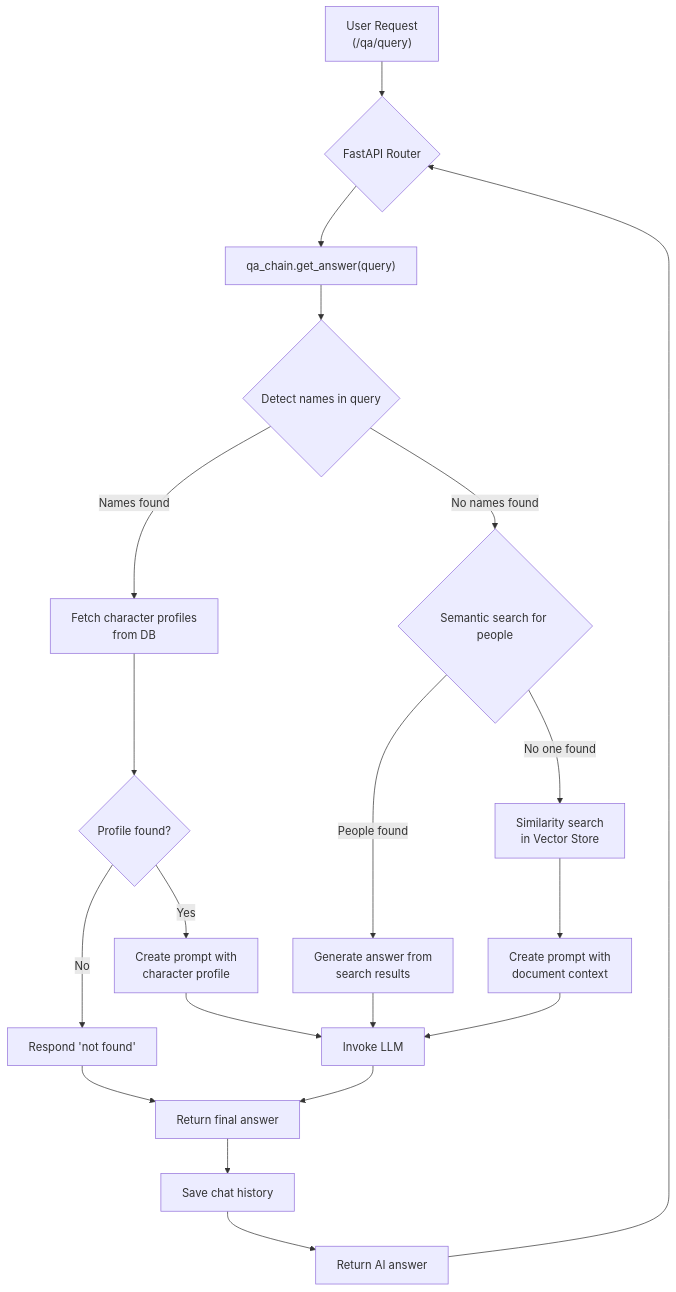
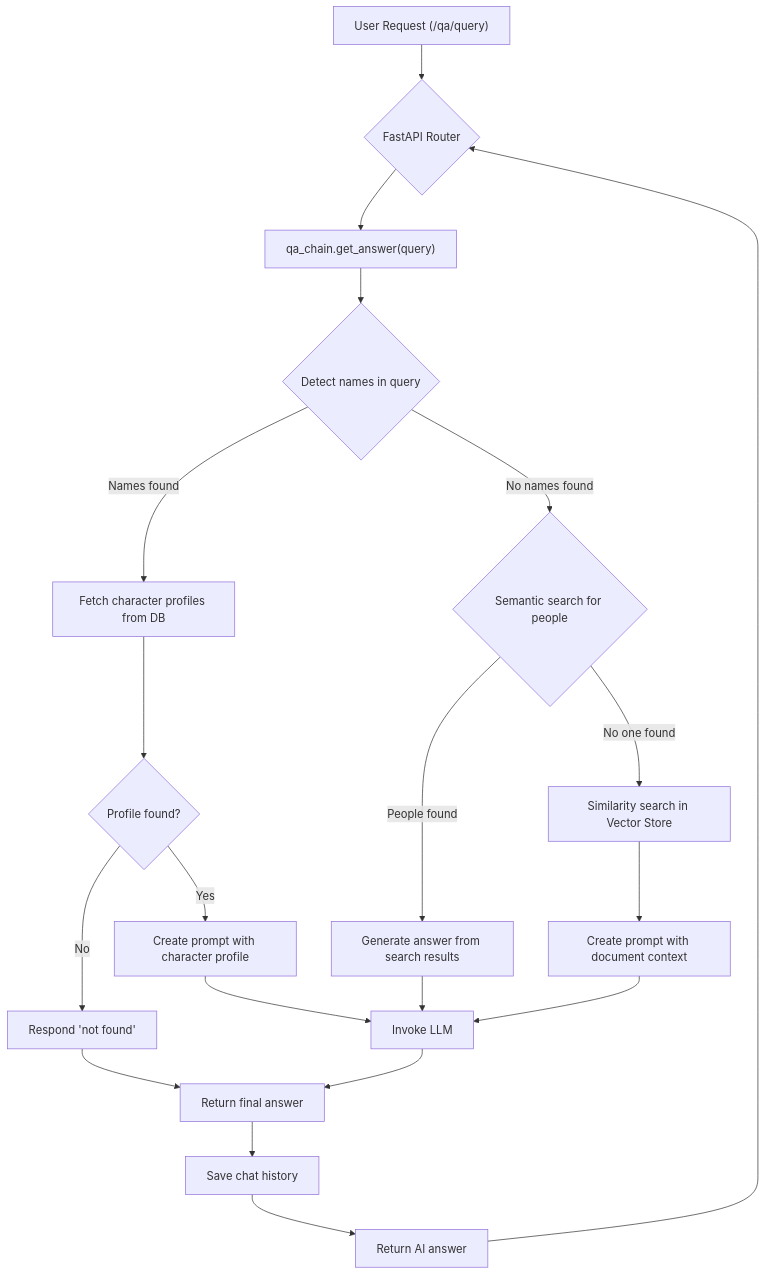
The second of 3 diagrams in README.md (Vinskao/maya-sawa), drawn with Mermaid before and after one commit. The commit also changed other lines of this file, not shown here.

First line of the commit message:
docs(readme): add overall architecture diagram and refresh QA diagrams

````diff
--- a/README.md
+++ b/README.md
@@ -54,28 +122,28 @@
 ```mermaid
 graph TD
-    A["User Request</br>(/qa/query)"] --> B{FastAPI Router};
+    A["User Request (/qa/query)"] --> B{FastAPI Router};
     B --> C["qa_chain.get_answer(query)"];
     C --> D{"Detect names in query"};
     
     %% 名稱檢測分支
-    D -- "Names found" --> E["Fetch character profiles</br>from DB"];
+    D -- "Names found" --> E["Fetch character profiles from DB"];
     E --> F{"Profile found?"};
-    F -- "Yes" --> G["Create prompt with</br>character profile"];
+    F -- "Yes" --> G["Create prompt with character profile"];
     F -- "No" --> H["Respond 'not found'"];
     
     %% 無名稱分支
     D -- "No names found" --> I{"Semantic search for people"};
-    I -- "People found" --> J["Generate answer from</br>search results"];
-    I -- "No one found" --> K["Similarity search</br>in Vector Store"];
-    K --> L["Create prompt with</br>document context"];
+    I -- "People found" --> J["Generate answer from search results"];
+    I -- "No one found" --> K["Similarity search in Vector Store"];
+    K --> L["Create prompt with document context"];
     
     %% 統一處理
     G --> M["Invoke LLM"];
     J --> M;
     L --> M;
     H --> N["Return final answer"];
     M --> N;
     N --> O["Save chat history"];
     O --> P["Return AI answer"];
     P --> B;
 ```
````
